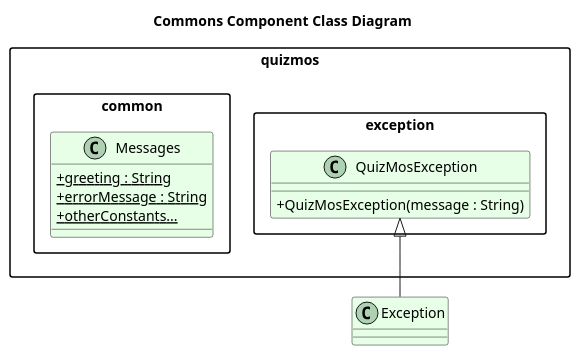
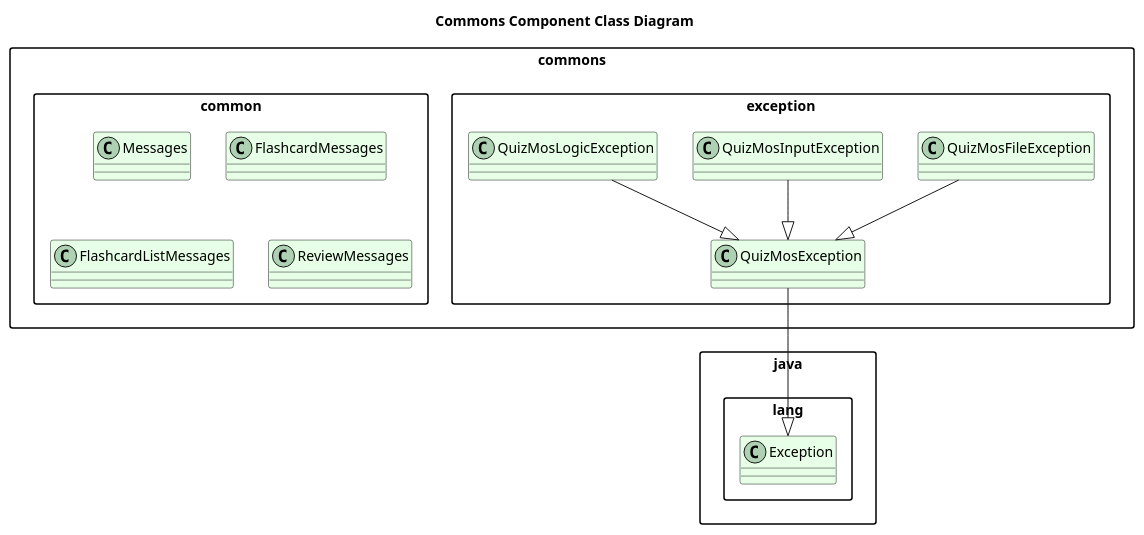
One commit to ashutoshalung/tp changed the diagram in docs/diagrams/CommonsComponent_ClassDiagram.puml. Above: the diagram before and after it, drawn with PlantUML. The commit also changed 5 other files, not shown here.

Commit message:
Fix DG class diagrams

```diff
--- a/docs/diagrams/CommonsComponent_ClassDiagram.puml
+++ b/docs/diagrams/CommonsComponent_ClassDiagram.puml
@@ -1,25 +1,36 @@
 @startuml CommonsComponent_ClassDiagram
 
 title Commons Component Class Diagram
 
 skinparam classAttributeIconSize 0
 skinparam classBackgroundColor #E6FFE6
 skinparam packageStyle rectangle
+skinparam shadowing false
 
-package "quizmos.exception" {
-    class QuizMosException {
-        + QuizMosException(message : String)
-    }
+package "commons.exception" {
+    class QuizMosException
+
+    class QuizMosFileException
+
+    class QuizMosInputException
+
+    class QuizMosLogicException
 }
 
-package "quizmos.common" {
-    class Messages {
-        {static} + greeting : String
-        {static} + errorMessage : String
-        {static} + otherConstants...
-    }
+package "commons.common" {
+    class Messages
+
+    class FlashcardMessages
+
+    class FlashcardListMessages
+
+    class ReviewMessages
 }
 
-QuizMosException <|-- Exception
+/' Inheritance arrows '/
+QuizMosFileException --|> QuizMosException
+QuizMosInputException --|> QuizMosException
+QuizMosLogicException --|> QuizMosException
+QuizMosException --|> "java.lang.Exception"
 
 @enduml
```
